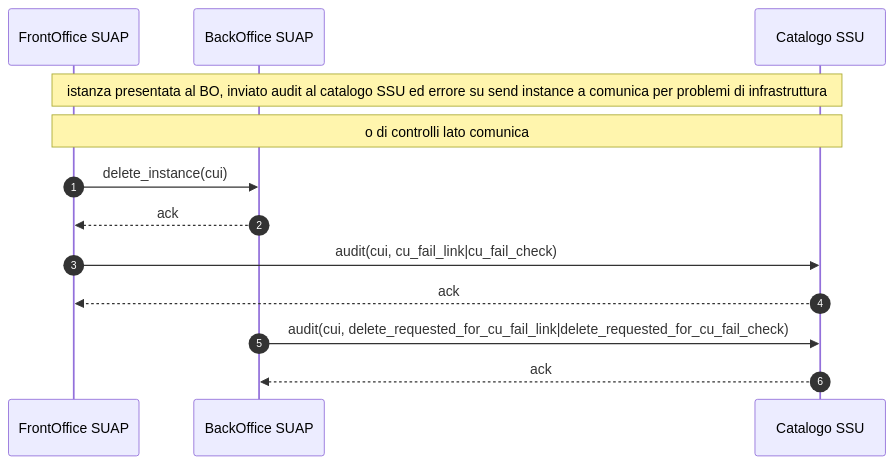
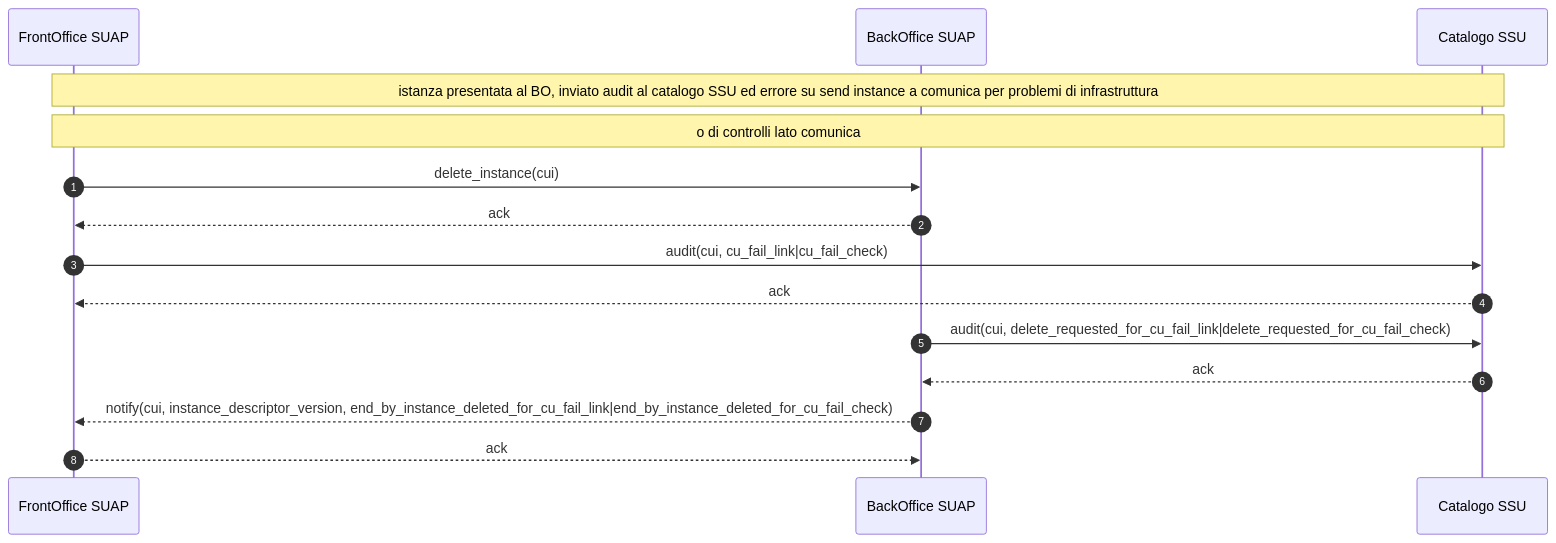
The diagram in sequence-diagram/SCIA Comunica - delete instance-001.mermaid (AgID/specifiche-tecniche-DPR-160-2010), drawn with Mermaid before and after one commit. The commit also changed 1 other file, not shown here.

```diff
--- a/sequence-diagram/SCIA Comunica - delete instance-001.mermaid
+++ b/sequence-diagram/SCIA Comunica - delete instance-001.mermaid
@@ -1,18 +1,21 @@
 sequenceDiagram
     autonumber
     
     participant F as FrontOffice SUAP  
     participant B as BackOffice SUAP  
     participant C as Catalogo SSU  
    
     Note over F,C: istanza presentata al BO, inviato audit al catalogo SSU ed errore su send instance a comunica per problemi di infrastruttura
     Note over F,C: o di controlli lato comunica
 
     F ->> B: delete_instance(cui)
     B -->> F: ack
 
     F ->> C: audit(cui, cu_fail_link|cu_fail_check)
     C -->> F: ack
 
     B ->> C: audit(cui, delete_requested_for_cu_fail_link|delete_requested_for_cu_fail_check)
     C -->> B: ack
+
+    B -->> F: notify(cui, instance_descriptor_version, end_by_instance_deleted_for_cu_fail_link|end_by_instance_deleted_for_cu_fail_check)
+    F -->> B: ack
```
